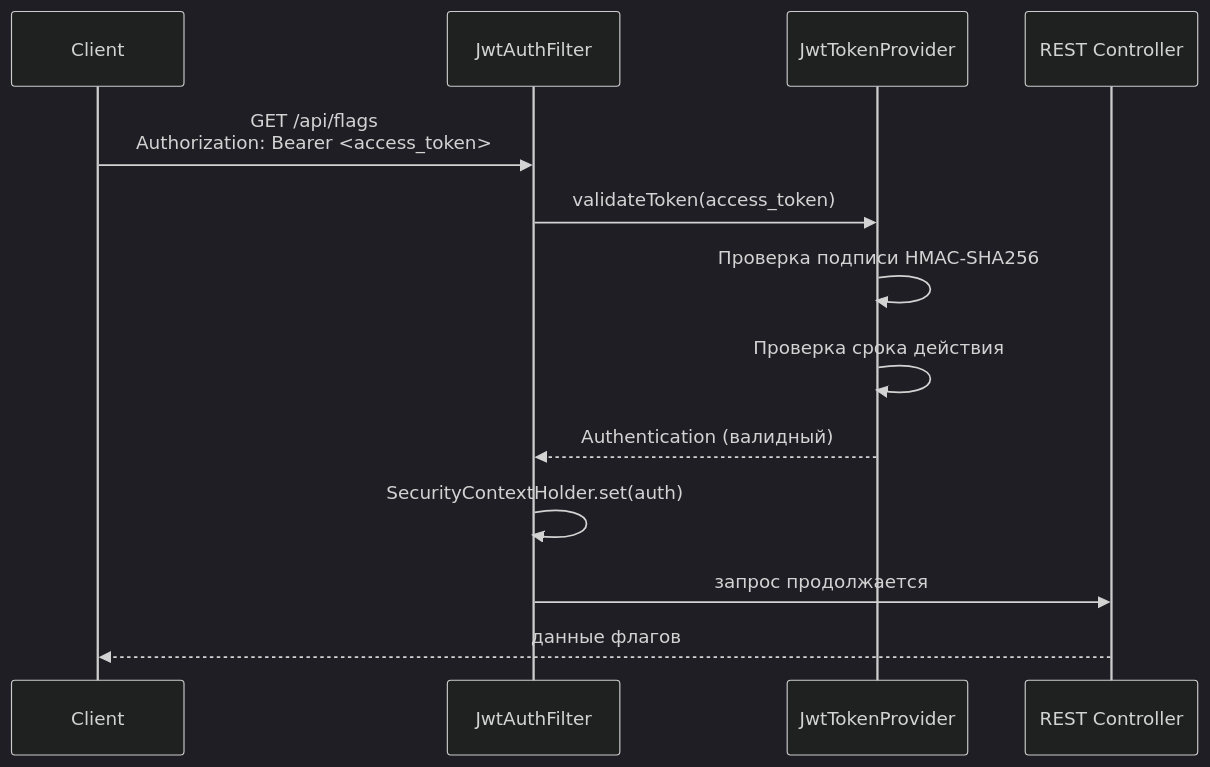
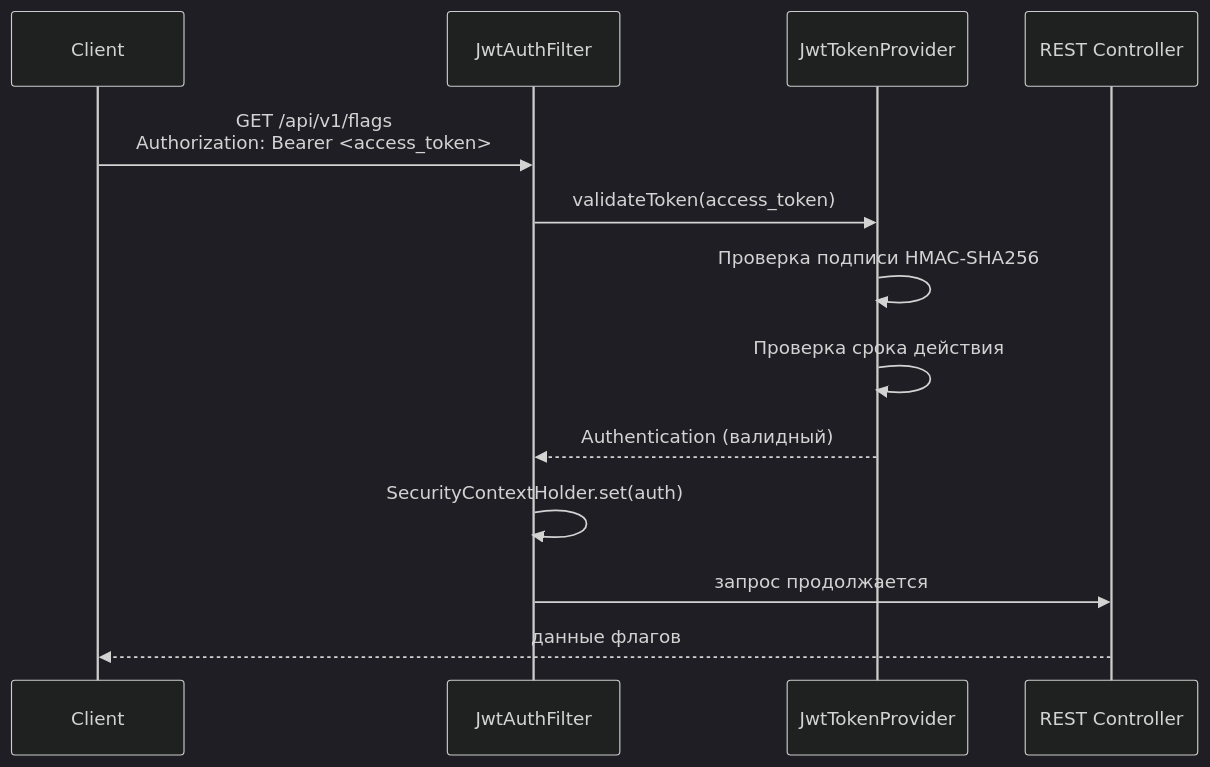
One commit to edgar-dev20/mozhno changed the fourth of 6 diagrams in docs/advanced/architecture.md. Above: the diagram before and after it, drawn with Mermaid (dark theme). The commit also changed other lines of this file and 62 other files, not shown here.

````diff
--- a/docs/advanced/architecture.md
+++ b/docs/advanced/architecture.md
@@ -205,16 +205,16 @@
 ```mermaid
 sequenceDiagram
     participant Client
     participant Filter as JwtAuthFilter
     participant Provider as JwtTokenProvider
     participant Controller as REST Controller
 
-    Client->>Filter: GET /api/flags<br/>Authorization: Bearer <access_token>
+    Client->>Filter: GET /api/v1/flags<br/>Authorization: Bearer <access_token>
     Filter->>Provider: validateToken(access_token)
     Provider->>Provider: Проверка подписи HMAC-SHA256
     Provider->>Provider: Проверка срока действия
     Provider-->>Filter: Authentication (валидный)
     Filter->>Filter: SecurityContextHolder.set(auth)
     Filter->>Controller: запрос продолжается
     Controller-->>Client: данные флагов
 ```
````
